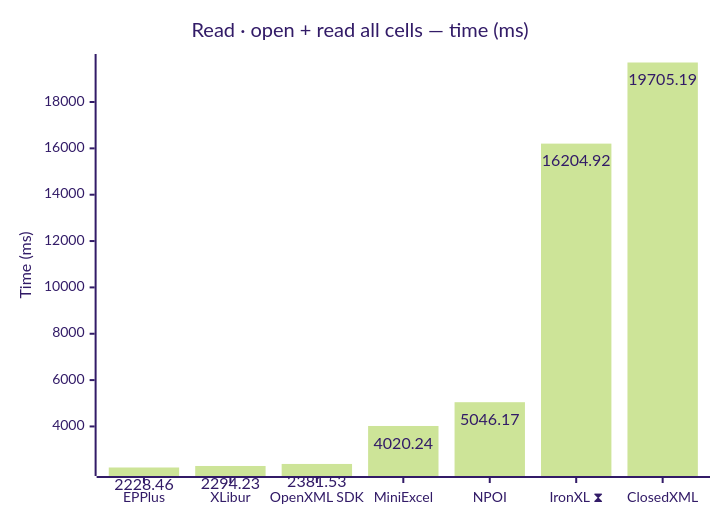
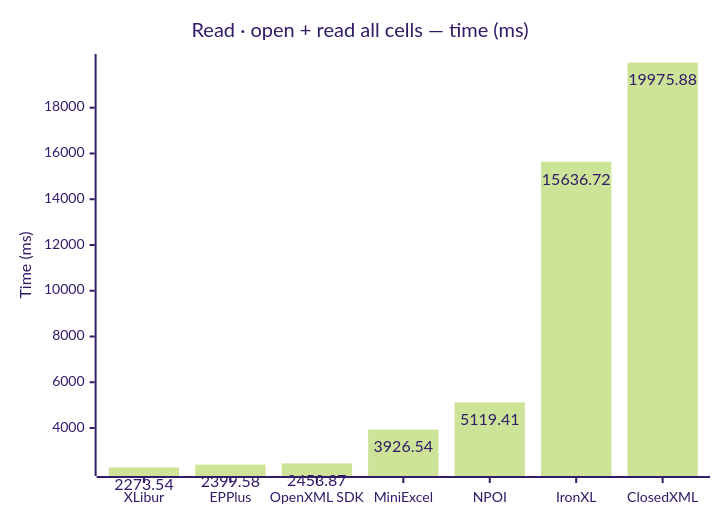
The third of 10 diagrams in docs/results.md (jafin/XLBench), drawn with Mermaid (forest theme) before and after one commit. The commit also changed other lines of this file and 3 other files, not shown here.

````diff
--- a/docs/results.md
+++ b/docs/results.md
@@ -65,12 +61,12 @@
 ```mermaid
 ---
 config:
   xyChart:
     showDataLabel: true
 ---
 xychart-beta
     title "Read · open + read all cells — time (ms)"
-    x-axis ["EPPlus", "XLibur", "OpenXML SDK", "MiniExcel", "NPOI", "IronXL ⧗", "ClosedXML"]
+    x-axis ["XLibur", "EPPlus", "OpenXML SDK", "MiniExcel", "NPOI", "IronXL", "ClosedXML"]
     y-axis "Time (ms)"
-    bar [2228.46, 2294.23, 2381.53, 4020.24, 5046.17, 16204.92, 19705.19]
+    bar [2273.54, 2399.58, 2453.87, 3926.54, 5119.41, 15636.72, 19975.88]
 ```
````
